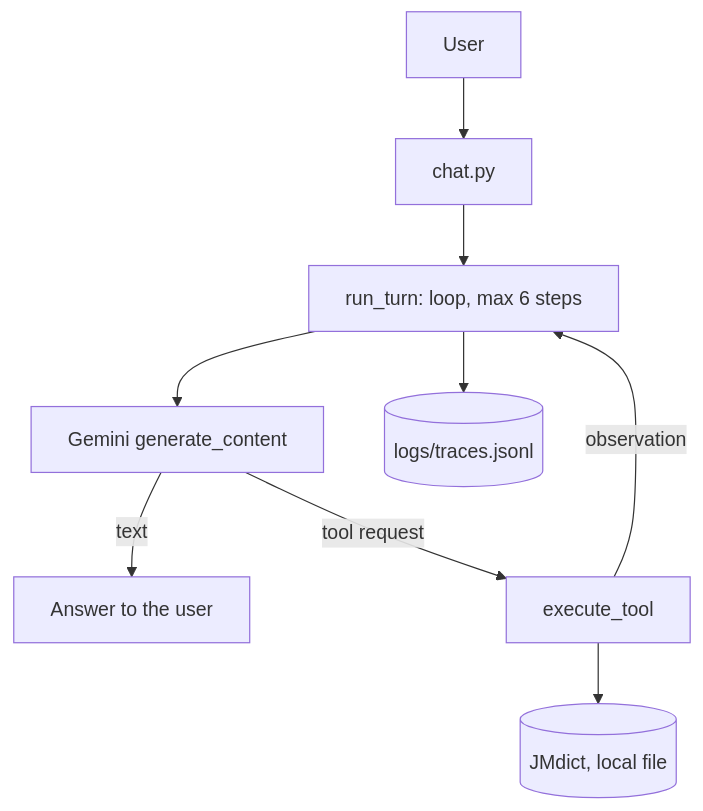
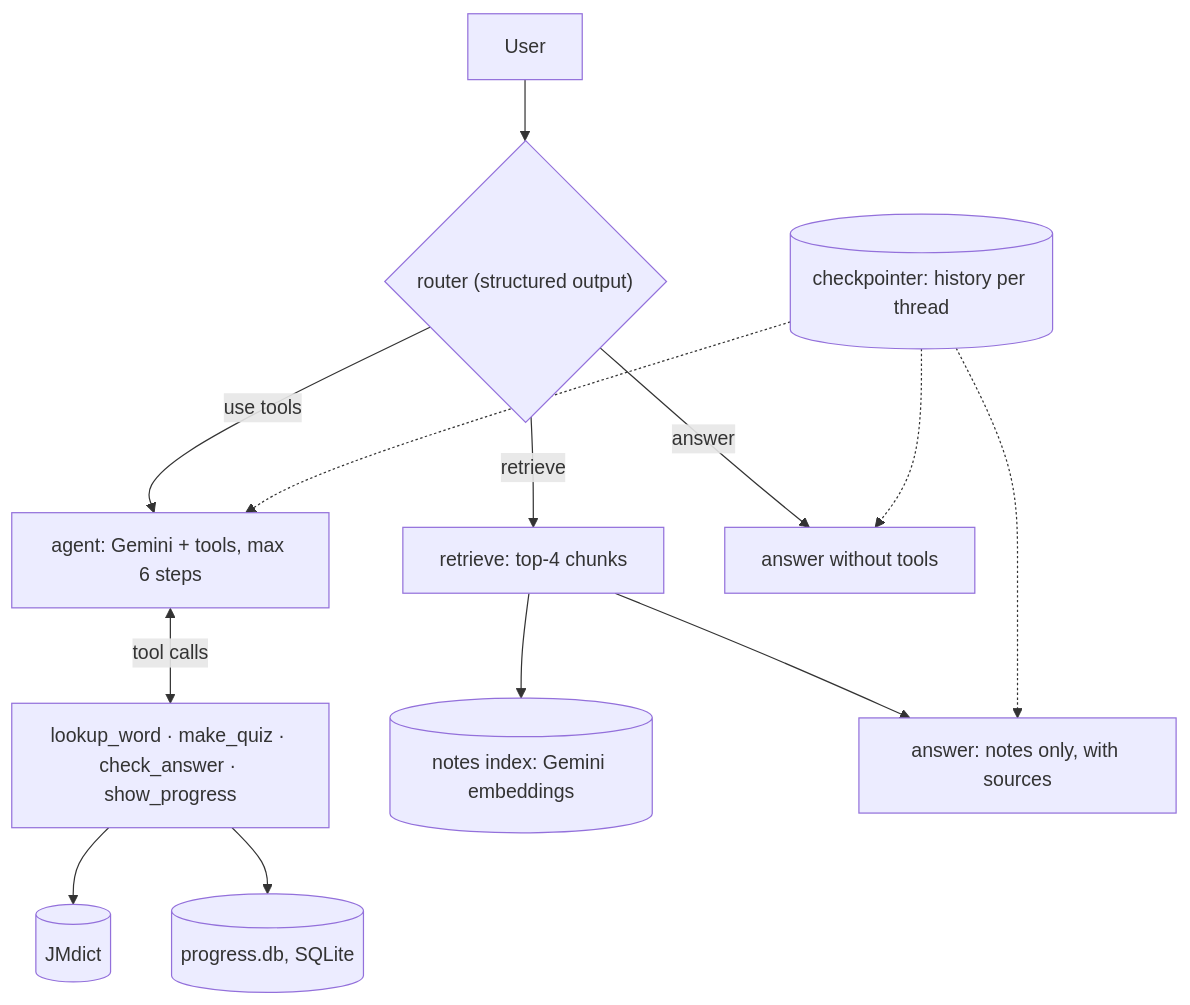
One commit to MMaglians/nihongo-agent changed the diagram in README.md. Above: the diagram before and after it, drawn with Mermaid. The commit also changed other lines of this file and 13 other files, not shown here.

````diff
--- a/README.md
+++ b/README.md
@@ -19,11 +22,12 @@
 ```mermaid
 flowchart TD
-    U["User"] --> C["chat.py"]
-    C --> L["run_turn: loop, max 6 steps"]
-    L --> M["Gemini generate_content"]
-    M -->|"text"| R["Answer to the user"]
-    M -->|"tool request"| E["execute_tool"]
-    E --> D[("JMdict, local file")]
-    E -->|"observation"| L
-    L --> T[("logs/traces.jsonl")]
+    U["User"] --> R{"router (structured output)"}
+    R -->|"use tools"| A["agent: Gemini + tools, max 6 steps"]
+    A <-->|"tool calls"| T["lookup_word · make_quiz · check_answer · show_progress"]
+    T --> D[("JMdict")]
+    T --> P[("progress.db, SQLite")]
+    R -->|"retrieve"| S["retrieve: top-4 chunks"] --> N[("notes index: Gemini embeddings")]
+    S --> W["answer: notes only, with sources"]
+    R -->|"answer"| W2["answer without tools"]
+    C[("checkpointer: history per thread")] -.-> A & W & W2
 ```
````
